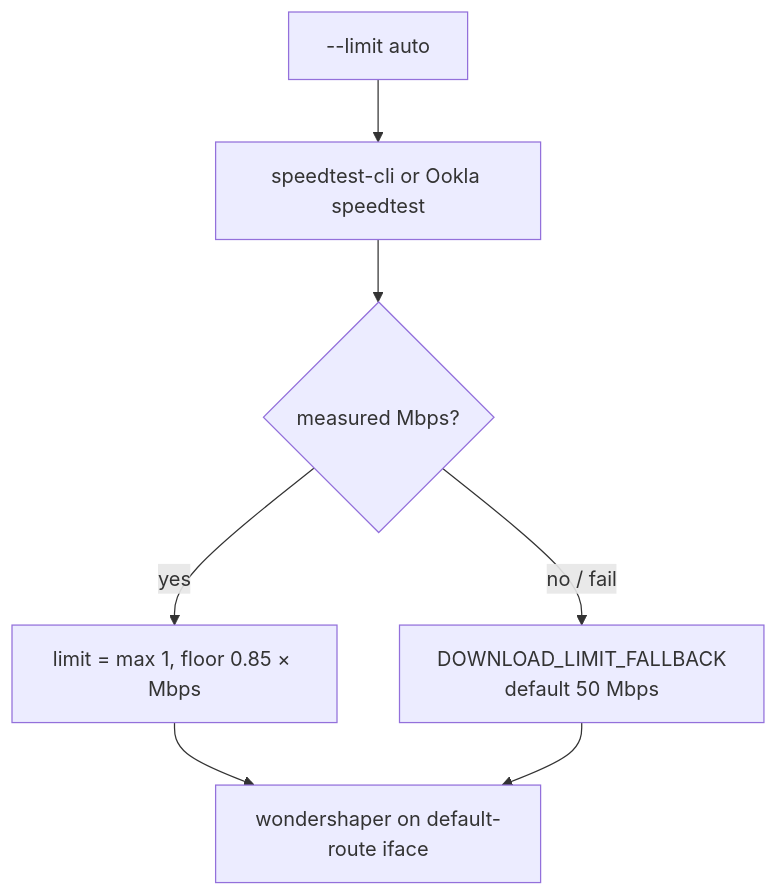
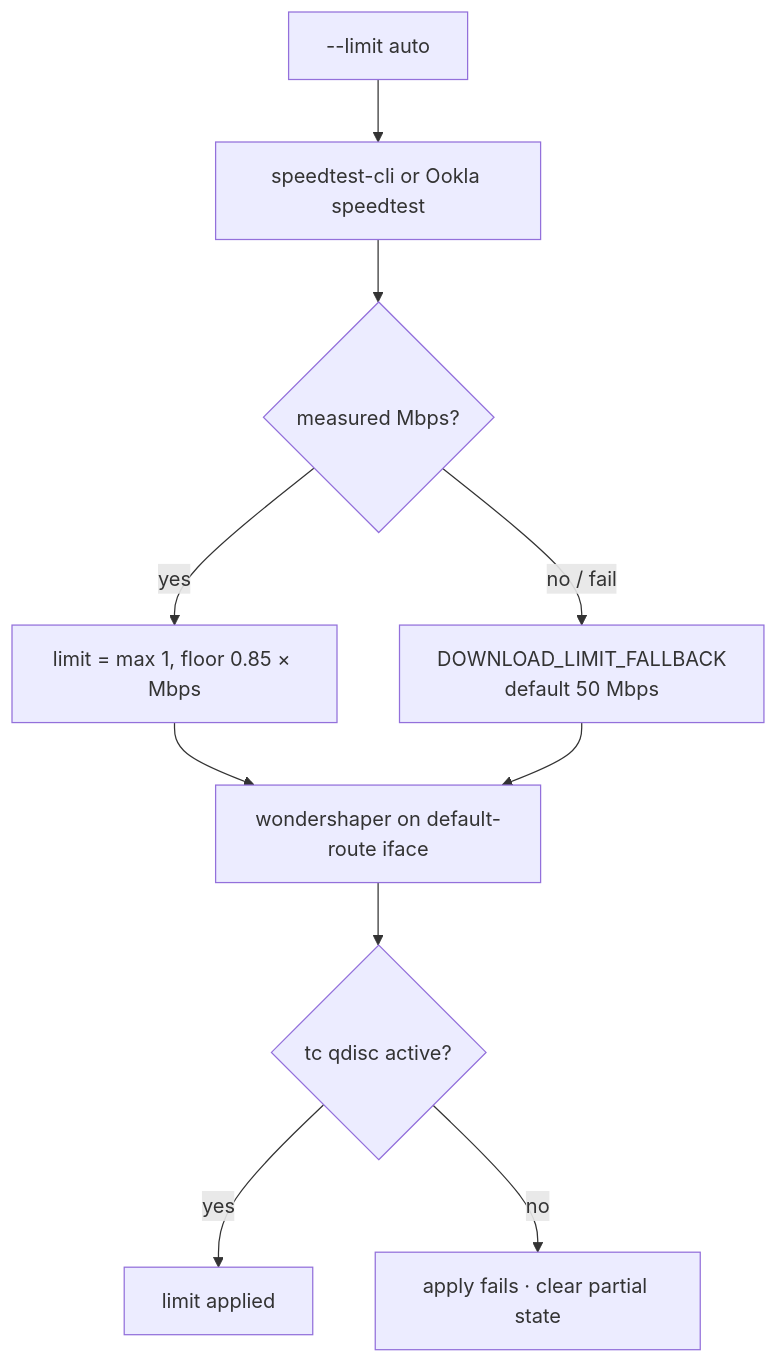
Before and after one commit to toxicoder/ez-comfy-stack: the third of 5 diagrams in docs/download-limit.md, drawn with Mermaid. The commit also changed other lines of this file and 14 other files, not shown here.

````diff
--- a/docs/download-limit.md
+++ b/docs/download-limit.md
@@ -72,9 +72,12 @@
 ```mermaid
 flowchart TB
   A["--limit auto"] --> B["speedtest-cli or Ookla speedtest"]
   B --> C{"measured Mbps?"}
   C -->|yes| D["limit = max 1, floor 0.85 × Mbps"]
   C -->|no / fail| E["DOWNLOAD_LIMIT_FALLBACK<br/>default 50 Mbps"]
   D --> F["wondershaper on default-route iface"]
   E --> F
+  F --> G{"tc qdisc active?"}
+  G -->|yes| OK["limit applied"]
+  G -->|no| Fail["apply fails · clear partial state"]
 ```
````
